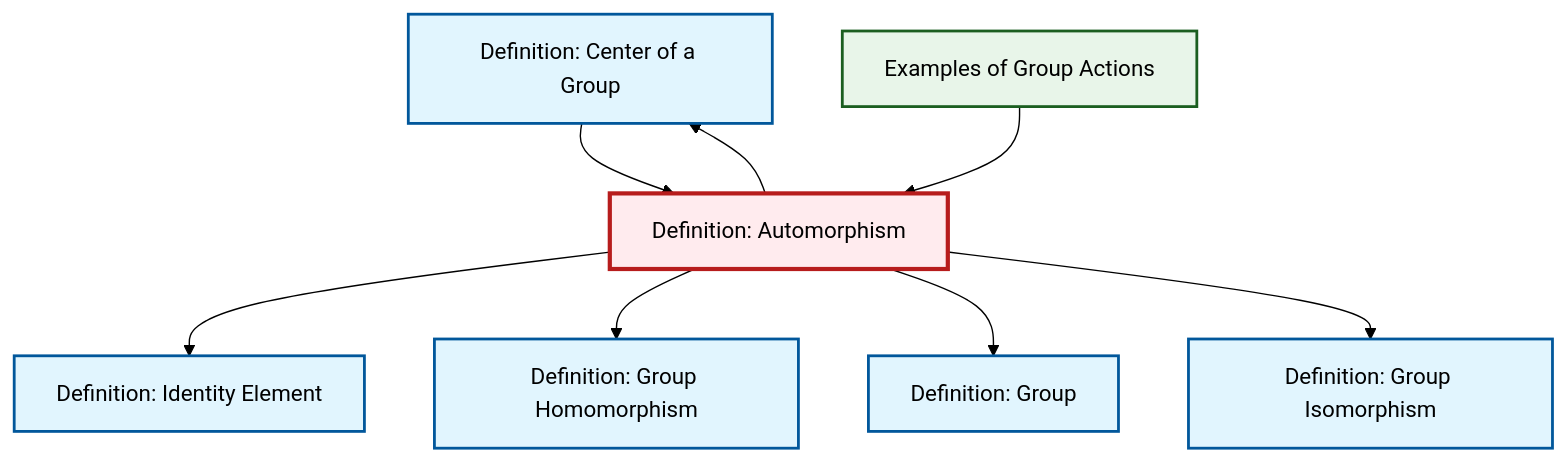
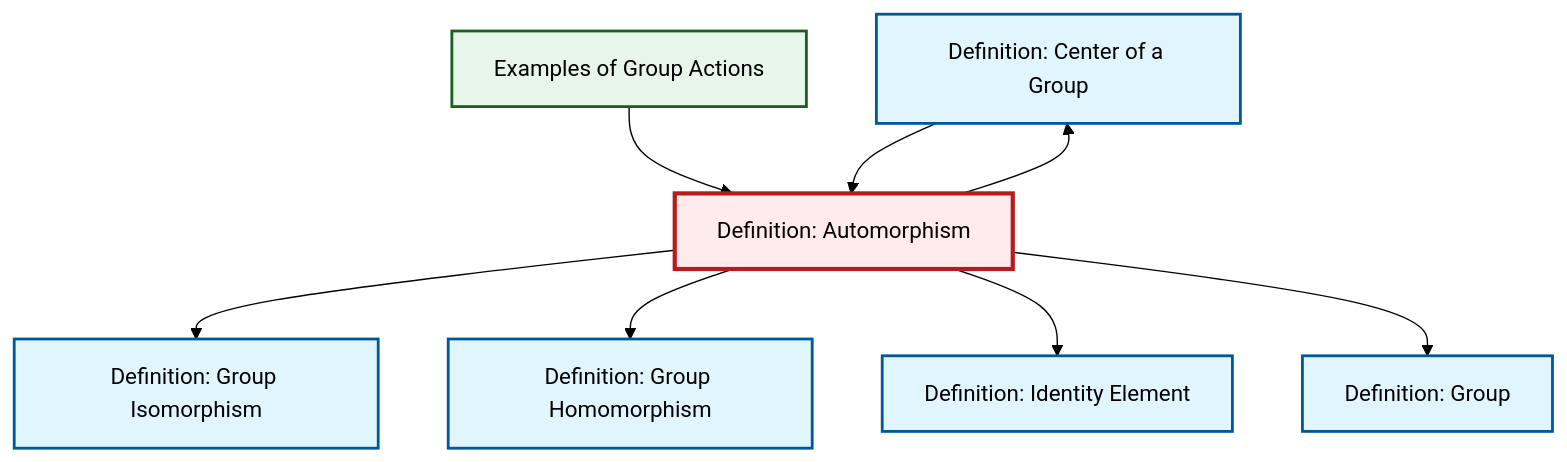
One commit to RK0429/ModernMath changed the diagram in content/en/algebra/def-automorphism.qmd. Above: the diagram before and after it, drawn with Mermaid (forest theme). The commit also changed other lines of this file and 654 other files, not shown here.

````diff
--- a/content/en/algebra/def-automorphism.qmd
+++ b/content/en/algebra/def-automorphism.qmd
@@ -101,30 +101,30 @@
 ```{mermaid}
 %%| fig-cap: "Local dependency graph"
 graph TD
     classDef definition fill:#e1f5fe,stroke:#01579b,stroke-width:2px
     classDef theorem fill:#f3e5f5,stroke:#4a148c,stroke-width:2px
     classDef axiom fill:#fff3e0,stroke:#e65100,stroke-width:2px
     classDef example fill:#e8f5e9,stroke:#1b5e20,stroke-width:2px
     classDef current fill:#ffebee,stroke:#b71c1c,stroke-width:3px
+    def-isomorphism["Definition: Group Isomorphism"]:::definition
+    def-center-of-group["Definition: Center of a Group"]:::definition
     def-group["Definition: Group"]:::definition
-    def-center-of-group["Definition: Center of a Group"]:::definition
-    def-isomorphism["Definition: Group Isomorphism"]:::definition
+    ex-group-action-examples["Examples of Group Actions"]:::example
     def-homomorphism["Definition: Group Homomorphism"]:::definition
     def-identity-element["Definition: Identity Element"]:::definition
     def-automorphism["Definition: Automorphism"]:::definition
-    ex-group-action-examples["Examples of Group Actions"]:::example
-    def-automorphism --> def-identity-element
+    def-automorphism --> def-isomorphism
     def-automorphism --> def-homomorphism
-    def-automorphism --> def-group
-    def-center-of-group --> def-automorphism
-    def-automorphism --> def-isomorphism
     ex-group-action-examples --> def-automorphism
     def-automorphism --> def-center-of-group
+    def-center-of-group --> def-automorphism
+    def-automorphism --> def-identity-element
+    def-automorphism --> def-group
     class def-automorphism current
+    click def-isomorphism "def-isomorphism.html" "Go to Group Isomorphism definition"
+    click def-center-of-group "def-center-of-group.html" "Go to Center of a Group definition"
     click def-group "def-group.html" "Go to Group definition"
-    click def-center-of-group "def-center-of-group.html" "Go to Center of a Group definition"
-    click def-isomorphism "def-isomorphism.html" "Go to Group Isomorphism definition"
+    click ex-group-action-examples "ex-group-action-examples.html" "Go to Examples of Group Actions"
     click def-homomorphism "def-homomorphism.html" "Go to Group Homomorphism definition"
     click def-identity-element "def-identity-element.html" "Go to Identity Element definition"
-    click ex-group-action-examples "ex-group-action-examples.html" "Go to Examples of Group Actions"
 ```
````
